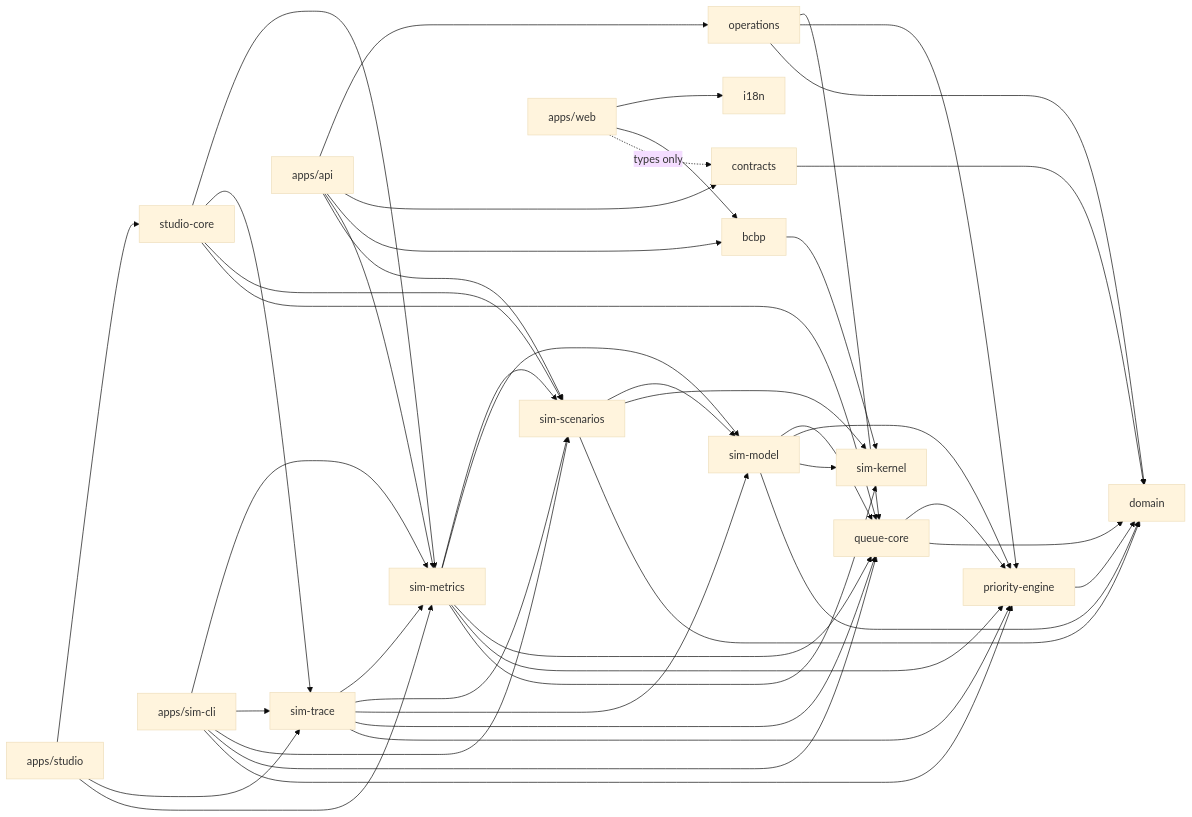
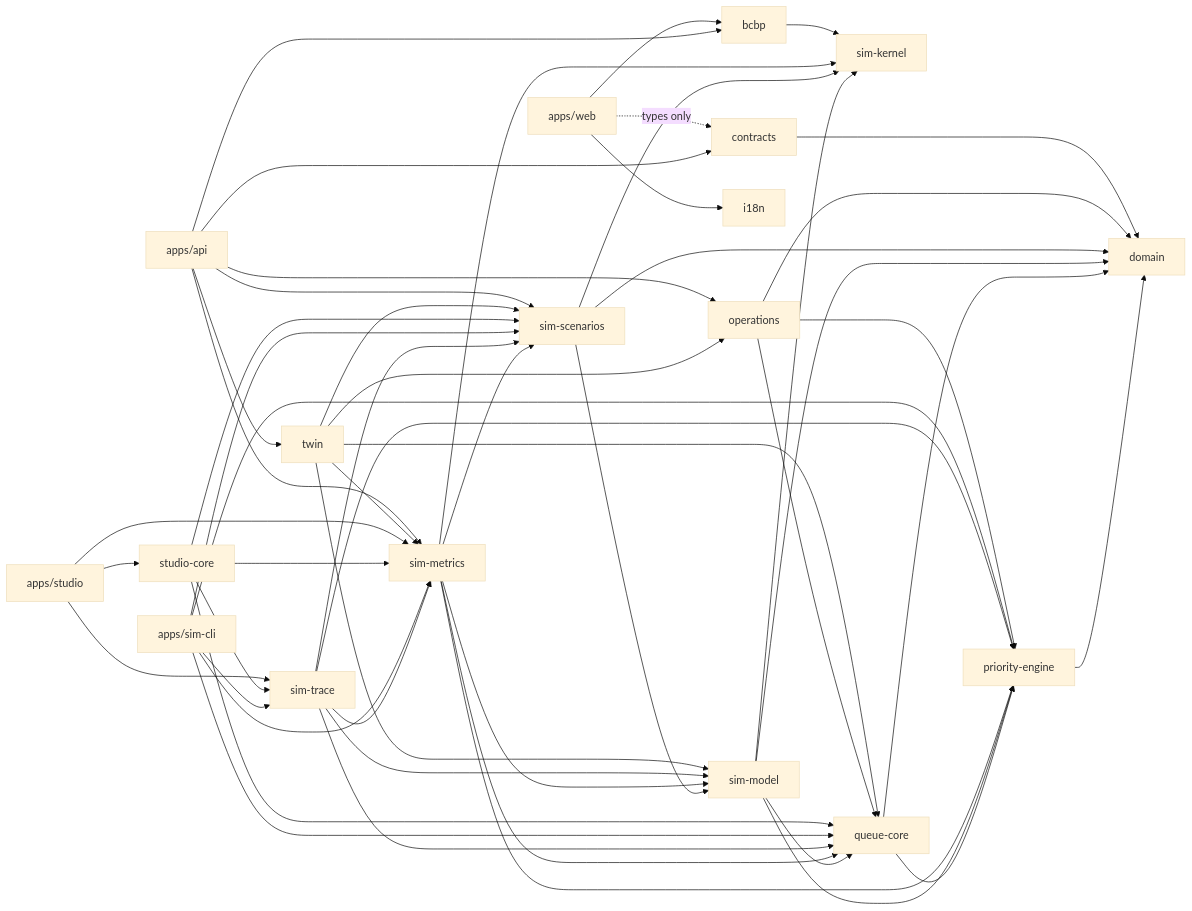
One commit to leviuzz/gaterush changed the first of 5 diagrams in ARCHITECTURE.md. Above: the diagram before and after it, drawn with Mermaid (base theme). The commit also changed other lines of this file and 71 other files, not shown here.

````diff
--- a/ARCHITECTURE.md
+++ b/ARCHITECTURE.md
@@ -56,65 +57,72 @@
 ```mermaid
 flowchart LR
   domain["domain"]
   kernel["sim-kernel"]
   engine["priority-engine"]
   queue["queue-core"]
   model["sim-model"]
   scenarios["sim-scenarios"]
   metrics["sim-metrics"]
   trace["sim-trace"]
   studiocore["studio-core"]
   operations["operations"]
+  twin["twin"]
   contracts["contracts"]
   bcbp["bcbp"]
   i18n["i18n"]
   api["apps/api"]
   web["apps/web"]
   cli["apps/sim-cli"]
   studio["apps/studio"]
   engine --> domain
   queue --> engine
   queue --> domain
   model --> queue
   model --> engine
   model --> kernel
   model --> domain
   scenarios --> model
   scenarios --> kernel
   scenarios --> domain
   metrics --> scenarios
   metrics --> model
   metrics --> queue
   metrics --> engine
   metrics --> kernel
   trace --> metrics
   trace --> scenarios
   trace --> model
   trace --> queue
   trace --> engine
   cli --> metrics
   cli --> trace
   cli --> scenarios
   cli --> queue
   cli --> engine
   studiocore --> metrics
   studiocore --> trace
   studiocore --> scenarios
   studiocore --> queue
   studio --> studiocore
   studio --> trace
   studio --> metrics
   operations --> queue
   operations --> engine
   operations --> domain
+  twin --> operations
+  twin --> metrics
+  twin --> scenarios
+  twin --> model
+  twin --> queue
   contracts --> domain
   bcbp --> kernel
   api --> operations
+  api --> twin
   api --> contracts
   api --> bcbp
   api --> metrics
   api --> scenarios
   web --> i18n
   web --> bcbp
   web -.->|"types only"| contracts
 ```
````
